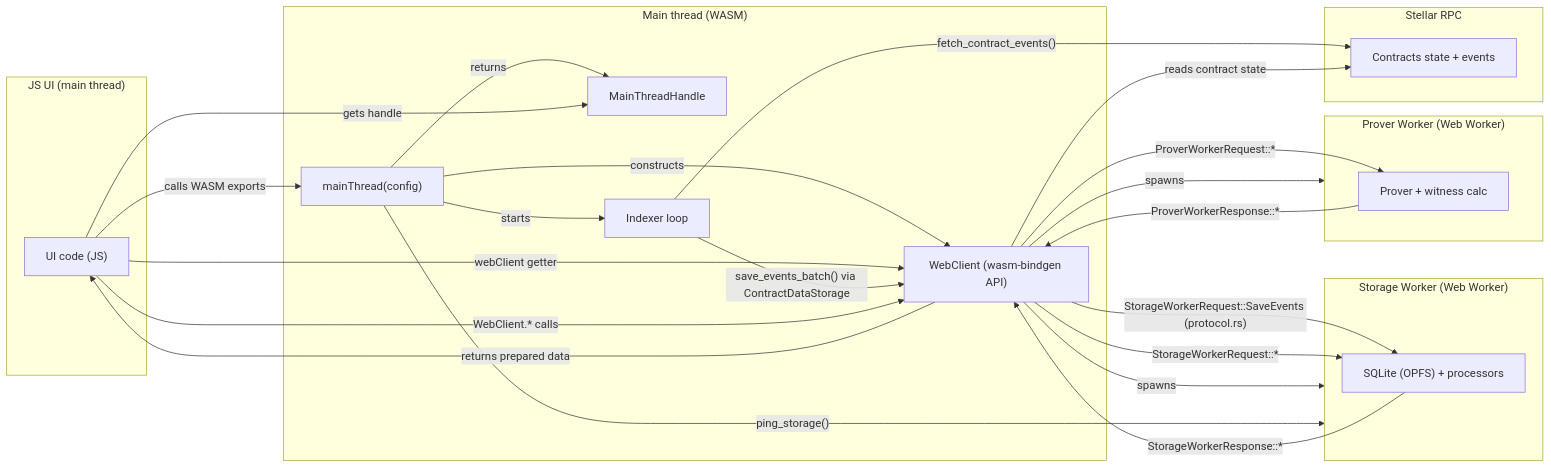
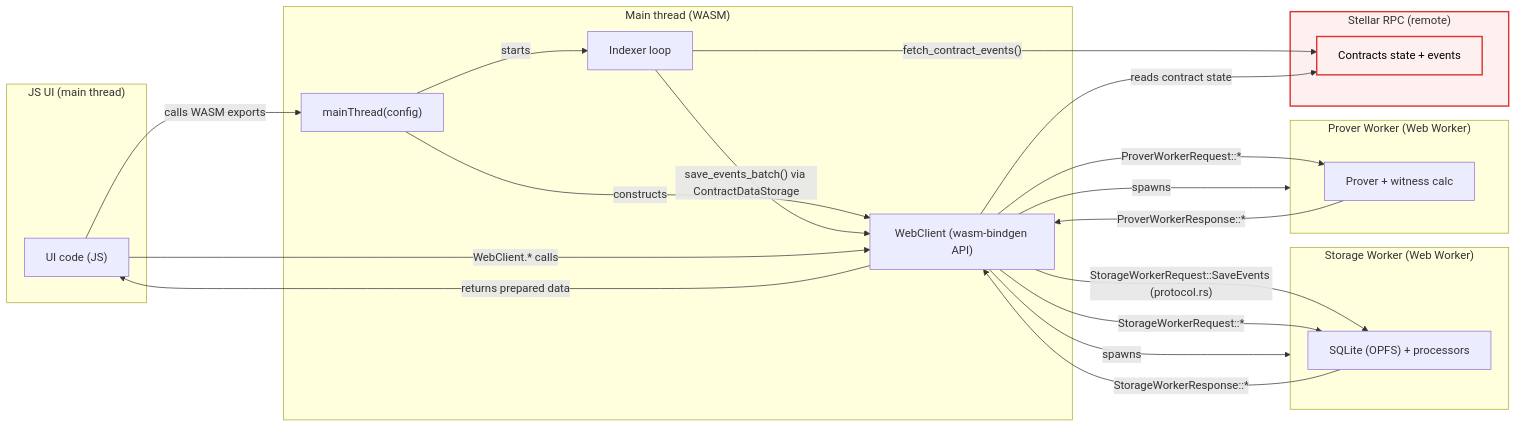
Before and after one commit to NethermindEth/stellar-private-payments: the diagram in app/ARCHITECTURE.md, drawn with Mermaid.

Commit message:
fixup! architecture

````diff
--- a/app/ARCHITECTURE.md
+++ b/app/ARCHITECTURE.md
@@ -62,50 +62,50 @@
 ```mermaid
 flowchart LR
   %% Main thread
   subgraph JS["JS UI (main thread)"]
     UI["UI code (JS)"]
   end
 
   subgraph WASM["Main thread (WASM)"]
     MT["mainThread(config)"]
-    H["MainThreadHandle"]
     WC["WebClient (wasm-bindgen API)"]
     IDX["Indexer loop"]
   end
 
   %% Workers
   subgraph SW["Storage Worker (Web Worker)"]
     DB["SQLite (OPFS) + processors"]
   end
 
   subgraph PW["Prover Worker (Web Worker)"]
     PR["Prover + witness calc"]
   end
 
-  subgraph RPC["Stellar RPC"]
+  %% Remote dependency (not local)
+  subgraph RPC["Stellar RPC (remote)"]
     RPCAPI["Contracts state + events"]
   end
 
   UI -->|"calls WASM exports"| MT
   MT -->|"constructs"| WC
-  MT -->|"returns"| H
-  UI -->|"gets handle"| H
-  UI -->|"webClient getter"| WC
 
   WC -->|"spawns"| SW
   WC -->|"spawns"| PW
-  MT -->|"ping_storage()"| SW
 
   MT -->|"starts"| IDX
   IDX -->|"fetch_contract_events()"| RPCAPI
   IDX -->|"save_events_batch() via ContractDataStorage"| WC
   WC -->|"StorageWorkerRequest::SaveEvents (protocol.rs)"| DB
 
   UI -->|"WebClient.* calls"| WC
   WC -->|"reads contract state"| RPCAPI
   WC -->|"StorageWorkerRequest::*"| DB
   WC -->|"ProverWorkerRequest::*"| PR
   PR -->|"ProverWorkerResponse::*"| WC
   DB -->|"StorageWorkerResponse::*"| WC
   WC -->|"returns prepared data"| UI
+
+  classDef remote fill:#fff0f0,stroke:#d33,stroke-width:2px,color:#000;
+  style RPC fill:#fff0f0,stroke:#d33,stroke-width:2px;
+  class RPCAPI remote;
 ```
````
